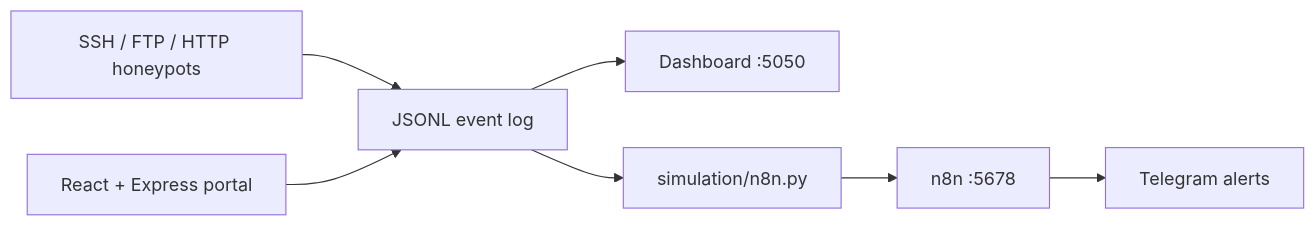
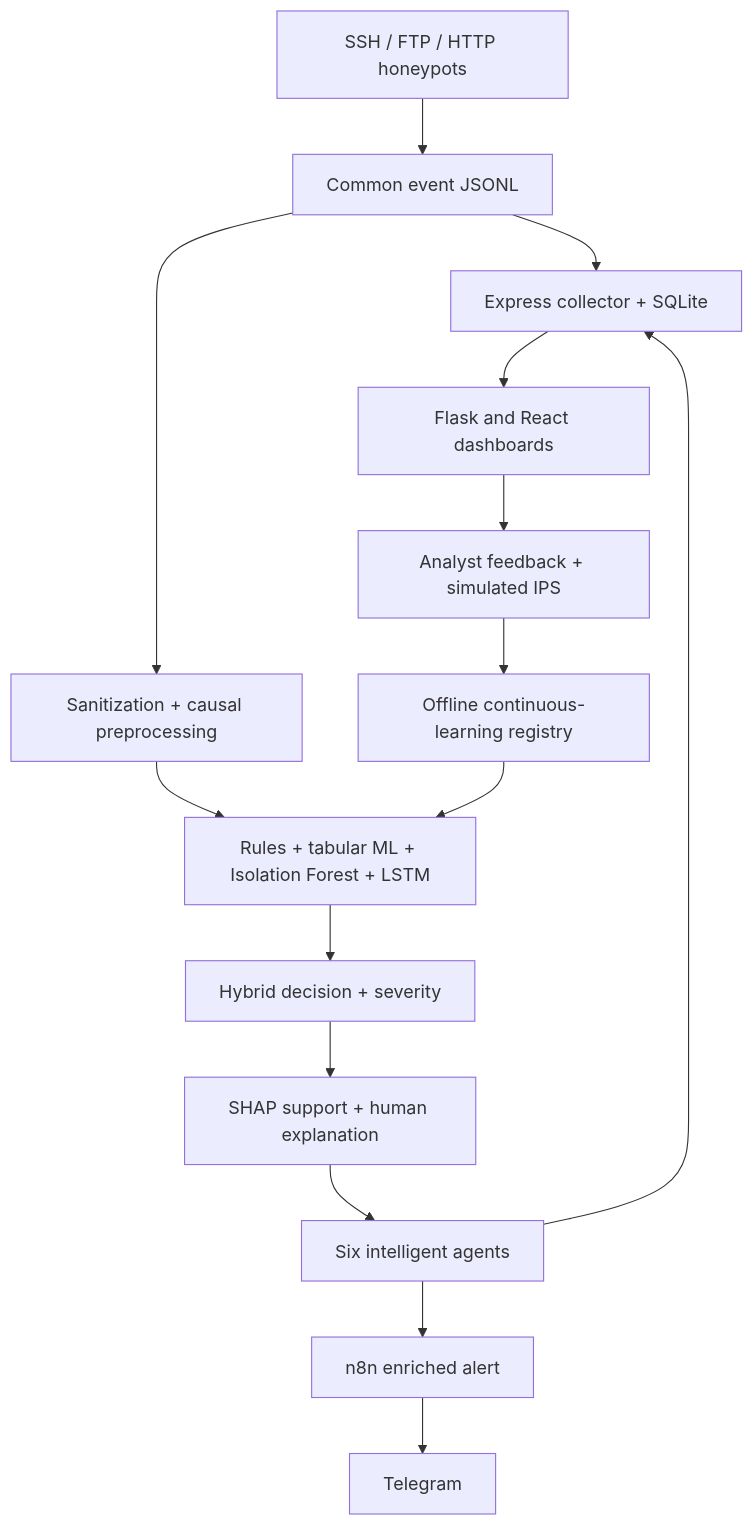
Before and after one commit to GAUM-G/CyberXAI: the first of 2 diagrams in CURRENT_SYSTEM_WORKFLOW.md, drawn with Mermaid. The commit also changed other lines of this file and 12 other files, not shown here.

Commit message:
feat: complete continuous learning, system testing and final demo preparation

````diff
--- a/CURRENT_SYSTEM_WORKFLOW.md
+++ b/CURRENT_SYSTEM_WORKFLOW.md
@@ -11,9 +9,17 @@
 ```mermaid
-flowchart LR
-    H["SSH / FTP / HTTP honeypots"] --> L["JSONL event log"]
-    W["React + Express portal"] --> L
-    L --> D["Dashboard :5050"]
-    L --> F["simulation/n8n.py"]
-    F --> N["n8n :5678"]
-    N --> T["Telegram alerts"]
+flowchart TD
+    H["SSH / FTP / HTTP honeypots"] --> L["Common event JSONL"]
+    L --> B["Express collector + SQLite"]
+    L --> P["Sanitization + causal preprocessing"]
+    P --> I["Rules + tabular ML + Isolation Forest + LSTM"]
+    I --> S["Hybrid decision + severity"]
+    S --> X["SHAP support + human explanation"]
+    X --> A["Six intelligent agents"]
+    A --> B
+    B --> D["Flask and React dashboards"]
+    A --> N["n8n enriched alert"]
+    N --> T["Telegram"]
+    D --> F["Analyst feedback + simulated IPS"]
+    F --> C["Offline continuous-learning registry"]
+    C --> I
 ```
````
